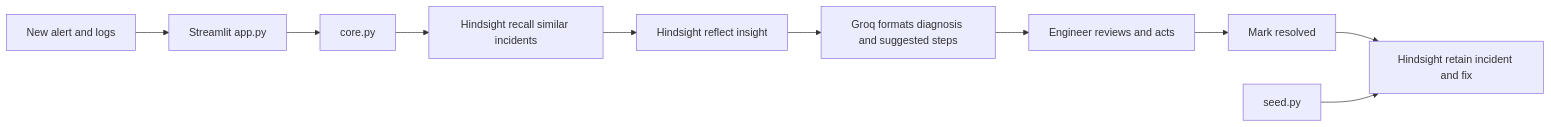
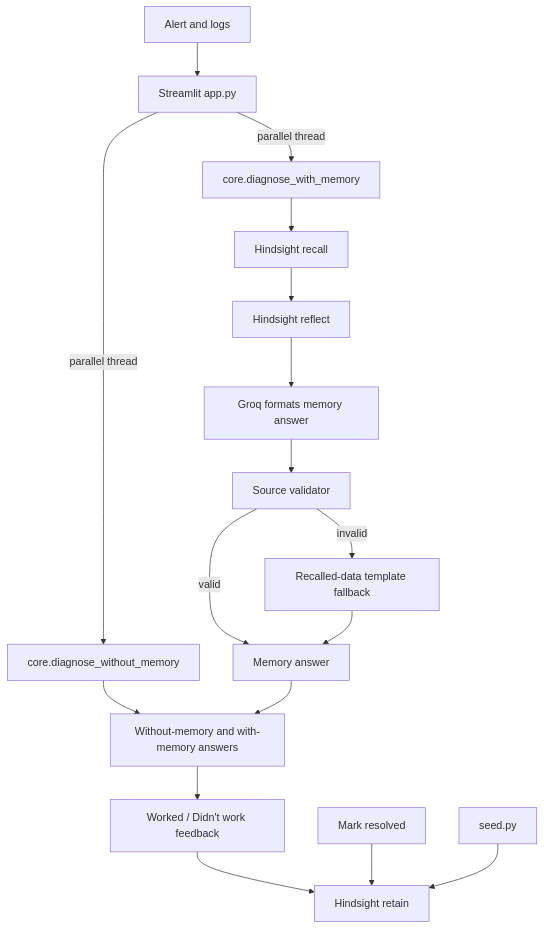
One commit to aryantyagi2211/oncall-memory changed the diagram in README.md. Above: the diagram before and after it, drawn with Mermaid. The commit also changed other lines of this file, not shown here.

````diff
--- a/README.md
+++ b/README.md
@@ -15,12 +49,19 @@
 ```mermaid
-flowchart LR
-    A[New alert and logs] --> B[Streamlit app.py]
-    B --> C[core.py]
-    C --> D[Hindsight recall similar incidents]
-    D --> E[Hindsight reflect insight]
-    E --> F[Groq formats diagnosis and suggested steps]
-    F --> G[Engineer reviews and acts]
-    G --> H[Mark resolved]
-    H --> I[Hindsight retain incident and fix]
-    J[seed.py] --> I
+flowchart TD
+    Alert[Alert and logs] --> UI[Streamlit app.py]
+    UI -->|parallel thread| Base[core.diagnose_without_memory]
+    UI -->|parallel thread| Recall[core.diagnose_with_memory]
+    Recall --> HRecall[Hindsight recall]
+    HRecall --> Reflect[Hindsight reflect]
+    Reflect --> Format[Groq formats memory answer]
+    Format --> Validate[Source validator]
+    Validate -->|valid| Answer[Memory answer]
+    Validate -->|invalid| Fallback[Recalled-data template fallback]
+    Fallback --> Answer
+    Base --> Compare[Without-memory and with-memory answers]
+    Answer --> Compare
+    Compare --> Feedback[Worked / Didn't work feedback]
+    Feedback --> Retain[Hindsight retain]
+    Resolved[Mark resolved] --> Retain
+    Seed[seed.py] --> Retain
 ```
````
